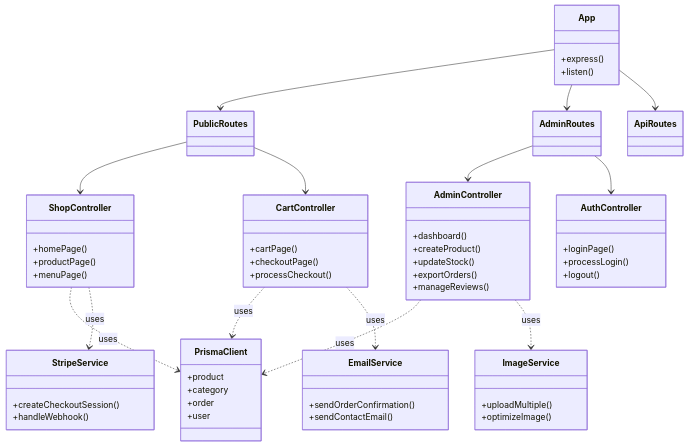
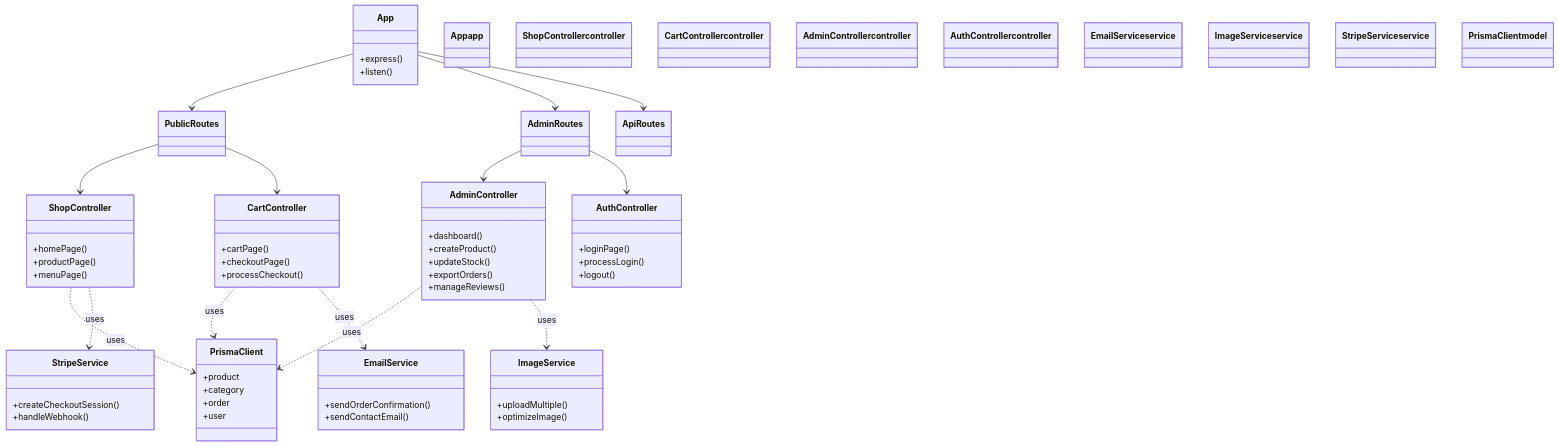
One commit to MPSBeats/ProjetTransverse changed the fourth of 4 diagrams in technical_design.md. Above: the diagram before and after it, drawn with Mermaid. The commit also changed other lines of this file, not shown here.

Commit message:
docs: add styling to technical diagrams

````diff
--- a/technical_design.md
+++ b/technical_design.md
@@ -184,5 +192,11 @@
 ```mermaid
 classDiagram
+    %% Styles
+    classDef controller fill:#E8F5E9,stroke:#2E7D32,stroke-width:2px;
+    classDef service fill:#FFF3E0,stroke:#EF6C00,stroke-width:2px;
+    classDef model fill:#E3F2FD,stroke:#1565C0,stroke-width:2px;
+    classDef app fill:#F3E5F5,stroke:#7B1FA2,stroke-width:2px;
+
     %% Relations
     App --> PublicRoutes
     App --> AdminRoutes
@@ -205,18 +219,21 @@
         +express()
         +listen()
     }
+    class App app
 
     class ShopController {
         +homePage()
         +productPage()
         +menuPage()
     }
+    class ShopController controller
 
     class CartController {
         +cartPage()
         +checkoutPage()
         +processCheckout()
     }
+    class CartController controller
 
     class AdminController {
         +dashboard()
@@ -225,27 +242,32 @@
         +exportOrders()
         +manageReviews()
     }
+    class AdminController controller
 
     class AuthController {
         +loginPage()
         +processLogin()
         +logout()
     }
+    class AuthController controller
 
     class EmailService {
         +sendOrderConfirmation()
         +sendContactEmail()
     }
+    class EmailService service
 
     class ImageService {
         +uploadMultiple()
         +optimizeImage()
     }
+    class ImageService service
 
     class StripeService {
         +createCheckoutSession()
         +handleWebhook()
     }
+    class StripeService service
 
     class PrismaClient {
         +product
@@ -253,4 +275,5 @@
         +order
         +user
     }
+    class PrismaClient model
 ```
````
